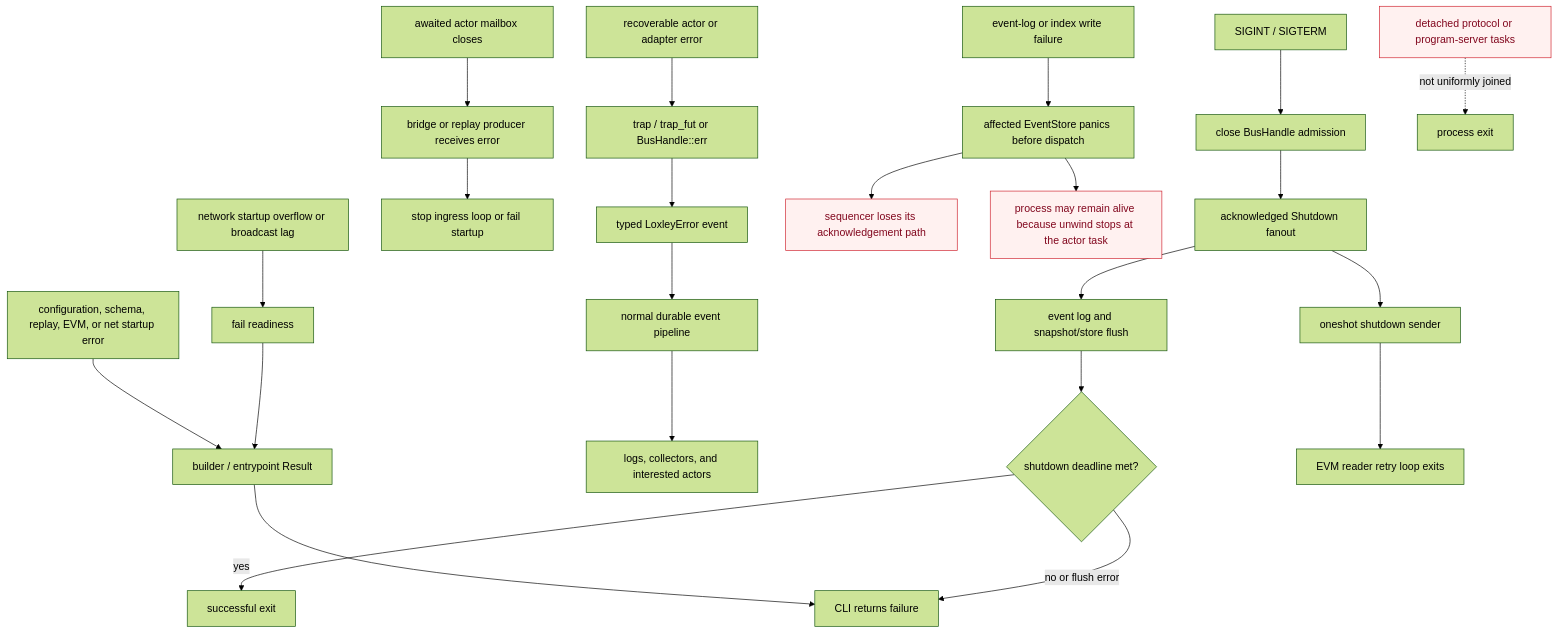
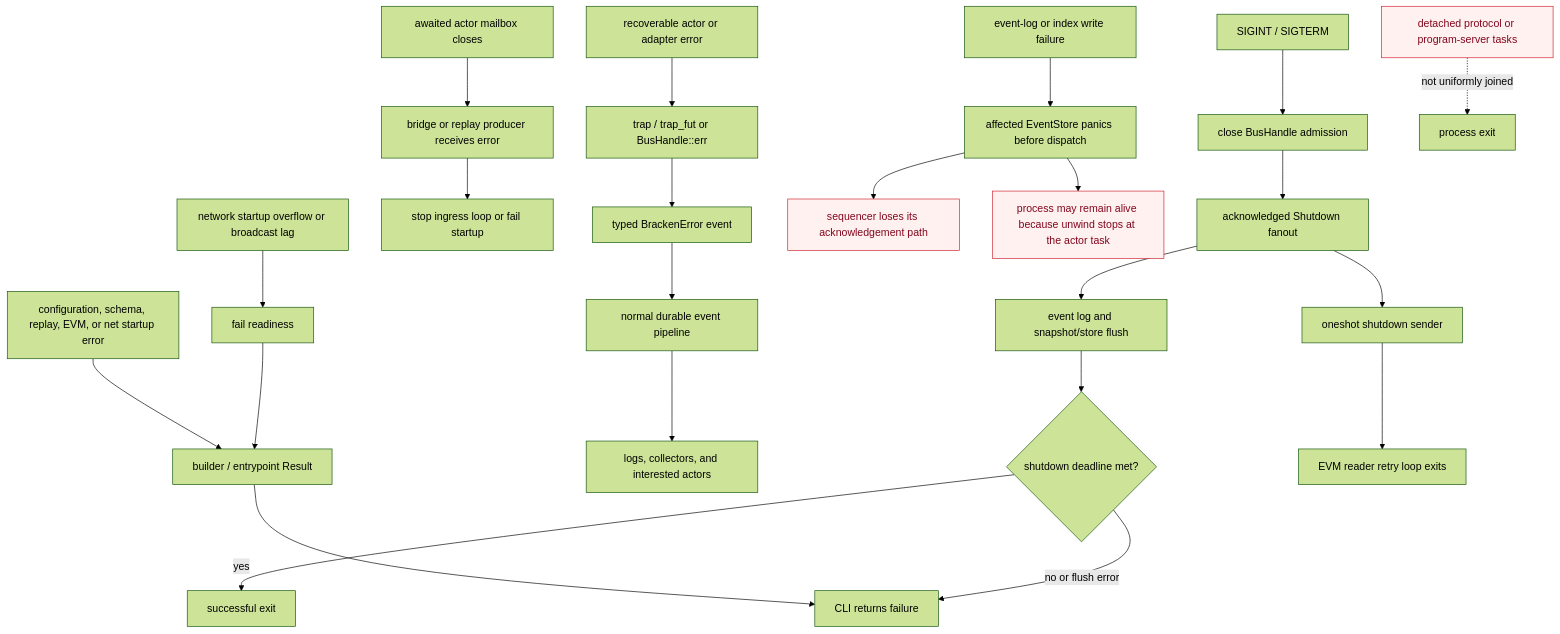
Before and after one commit to thecryptodog12-rgb/bracken: diagram 15 of 15 in agent/CRATES_ARCHITECTURE.md, drawn with Mermaid (forest theme). The commit also changed other lines of this file and 1660 other files, not shown here.

````diff
--- a/agent/CRATES_ARCHITECTURE.md
+++ b/agent/CRATES_ARCHITECTURE.md
@@ -786,34 +786,34 @@
 ```mermaid
 flowchart TD
     Startup[configuration, schema, replay, EVM, or net startup error] --> StartResult[builder / entrypoint Result]
     StartResult --> CLIExit[CLI returns failure]
 
     Handler[recoverable actor or adapter error] --> Trap[trap / trap_fut or BusHandle::err]
-    Trap --> ErrorEvent[typed LoxleyError event]
+    Trap --> ErrorEvent[typed BrackenError event]
     ErrorEvent --> Durable[normal durable event pipeline]
     Durable --> Observers[logs, collectors, and interested actors]
 
     Mailbox[awaited actor mailbox closes] --> Producer[bridge or replay producer receives error]
     Producer --> StopLoop[stop ingress loop or fail startup]
     Buffer[network startup overflow or broadcast lag] --> Readiness[fail readiness]
     Readiness --> StartResult
 
     StoreFailure[event-log or index write failure] --> StoreDeath[affected EventStore panics before dispatch]
     StoreDeath --> PipelineStall[sequencer loses its acknowledgement path]
     StoreDeath --> ProcessAlive[process may remain alive because unwind stops at the actor task]
 
     Signal[SIGINT / SIGTERM] --> Close[close BusHandle admission]
     Close --> Shutdown[acknowledged Shutdown fanout]
     Shutdown --> Flush[event log and snapshot/store flush]
     Flush --> Deadline{shutdown deadline met?}
     Deadline -->|yes| Clean[successful exit]
     Deadline -->|no or flush error| CLIExit
 
     Shutdown --> Cancel[oneshot shutdown sender]
     Cancel --> Reader[EVM reader retry loop exits]
 
     Detached[detached protocol or program-server tasks] -. not uniformly joined .-> ProcessExit[process exit]
 
     classDef residual fill:#fff1f0,stroke:#cf222e,color:#82071e
     class PipelineStall,ProcessAlive,Detached residual
 ```
````
